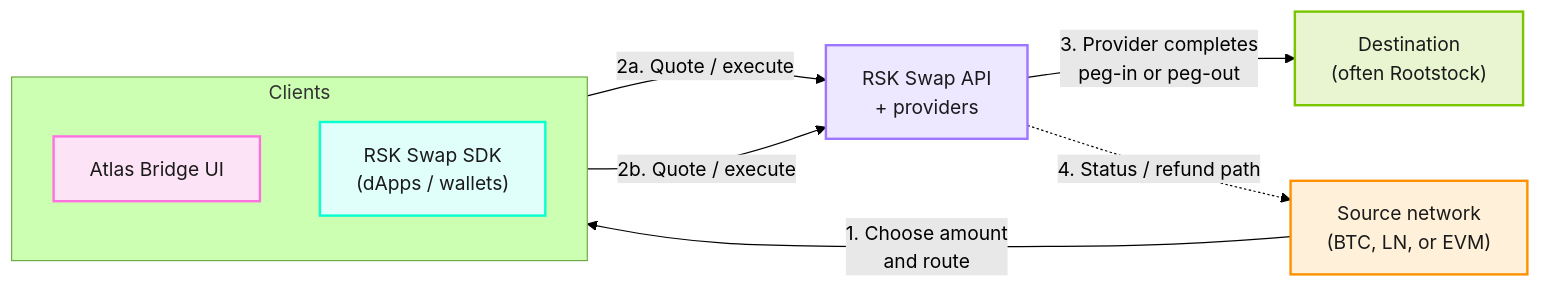
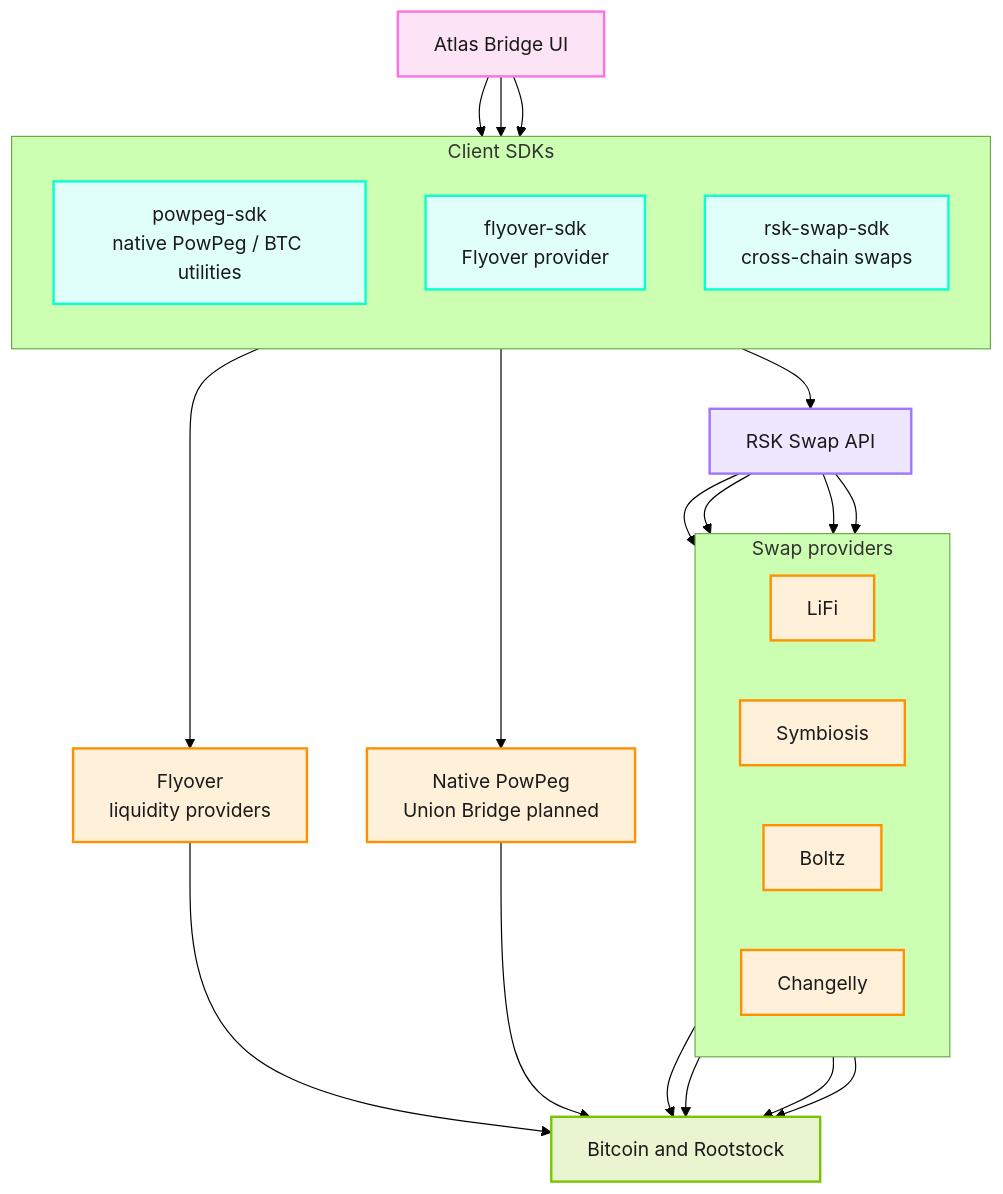
One commit to rsksmart/devportal changed the diagram in docs/04-resources/06-guides/atlas/index.md. Above: the diagram before and after it, drawn with Mermaid (forest theme). The commit also changed other lines of this file and 6 other files, not shown here.

First line of the commit message:
docs: apply Architecture feedback to Atlas, Stack, PowPeg, and related diagrams

````diff
--- a/docs/04-resources/06-guides/atlas/index.md
+++ b/docs/04-resources/06-guides/atlas/index.md
@@ -22,31 +22,54 @@
 ```mermaid
-flowchart LR
-  Source["Source network<br/>(BTC, LN, or EVM)"]
+flowchart TB
+  AtlasUI["Atlas Bridge UI"]
 
-  subgraph Clients["Clients"]
+  subgraph ClientSDKs["Client SDKs"]
     direction TB
-    Atlas["Atlas Bridge UI"]
-    SDK["RSK Swap SDK<br/>(dApps / wallets)"]
+    PowpegSdk["powpeg-sdk<br/>native PowPeg / BTC utilities"]
+    FlyoverSdk["flyover-sdk<br/>Flyover provider"]
+    RskSwapSdk["rsk-swap-sdk<br/>cross-chain swaps"]
   end
 
-  API["RSK Swap API<br/>+ providers"]
-  Dest["Destination<br/>(often Rootstock)"]
+  SwapApi["RSK Swap API"]
 
-  Source -->|"1. Choose amount<br/>and route"| Atlas
-  Atlas -->|"2a. Quote / execute"| API
-  SDK -->|"2b. Quote / execute"| API
-  API -->|"3. Provider completes<br/>peg-in or peg-out"| Dest
-  API -.->|"4. Status / refund path"| Source
+  subgraph SwapProviders["Swap providers"]
+    direction LR
+    LiFi["LiFi"]
+    Symbiosis["Symbiosis"]
+    Boltz["Boltz"]
+    Changelly["Changelly"]
+  end
 
-  classDef source fill:#FFF0D9,stroke:#FF9100,stroke-width:2px,color:#1a1a1a
+  Flyover["Flyover<br/>liquidity providers"]
+  NativePowPeg["Native PowPeg<br/>Union Bridge planned"]
+  Networks["Bitcoin and Rootstock"]
+
+  AtlasUI --> PowpegSdk
+  AtlasUI --> FlyoverSdk
+  AtlasUI --> RskSwapSdk
+  RskSwapSdk --> SwapApi
+  SwapApi --> LiFi
+  SwapApi --> Symbiosis
+  SwapApi --> Boltz
+  SwapApi --> Changelly
+  FlyoverSdk --> Flyover
+  PowpegSdk --> NativePowPeg
+  LiFi --> Networks
+  Symbiosis --> Networks
+  Boltz --> Networks
+  Changelly --> Networks
+  Flyover --> Networks
+  NativePowPeg --> Networks
+
   classDef ui fill:#FCE4F6,stroke:#FF71E1,stroke-width:2px,color:#1a1a1a
   classDef sdk fill:#E0FFFA,stroke:#08FFD0,stroke-width:2px,color:#1a1a1a
   classDef api fill:#EDE7FF,stroke:#9E76FF,stroke-width:2px,color:#1a1a1a
-  classDef dest fill:#E8F5D0,stroke:#79C600,stroke-width:2px,color:#1a1a1a
+  classDef provider fill:#FFF0D9,stroke:#FF9100,stroke-width:2px,color:#1a1a1a
+  classDef network fill:#E8F5D0,stroke:#79C600,stroke-width:2px,color:#1a1a1a
 
-  class Source source
-  class Atlas ui
-  class SDK sdk
-  class API api
-  class Dest dest
+  class AtlasUI ui
+  class PowpegSdk,FlyoverSdk,RskSwapSdk sdk
+  class SwapApi api
+  class LiFi,Symbiosis,Boltz,Changelly,Flyover,NativePowPeg provider
+  class Networks network
 ```
````
